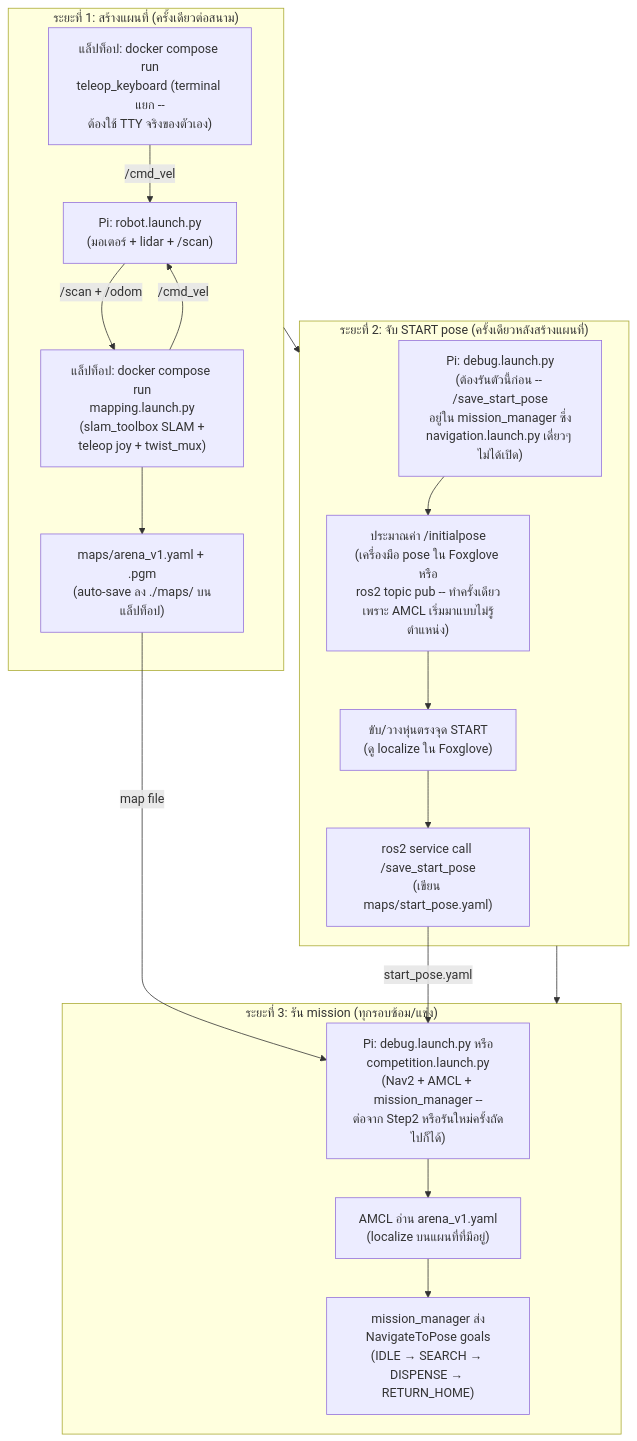
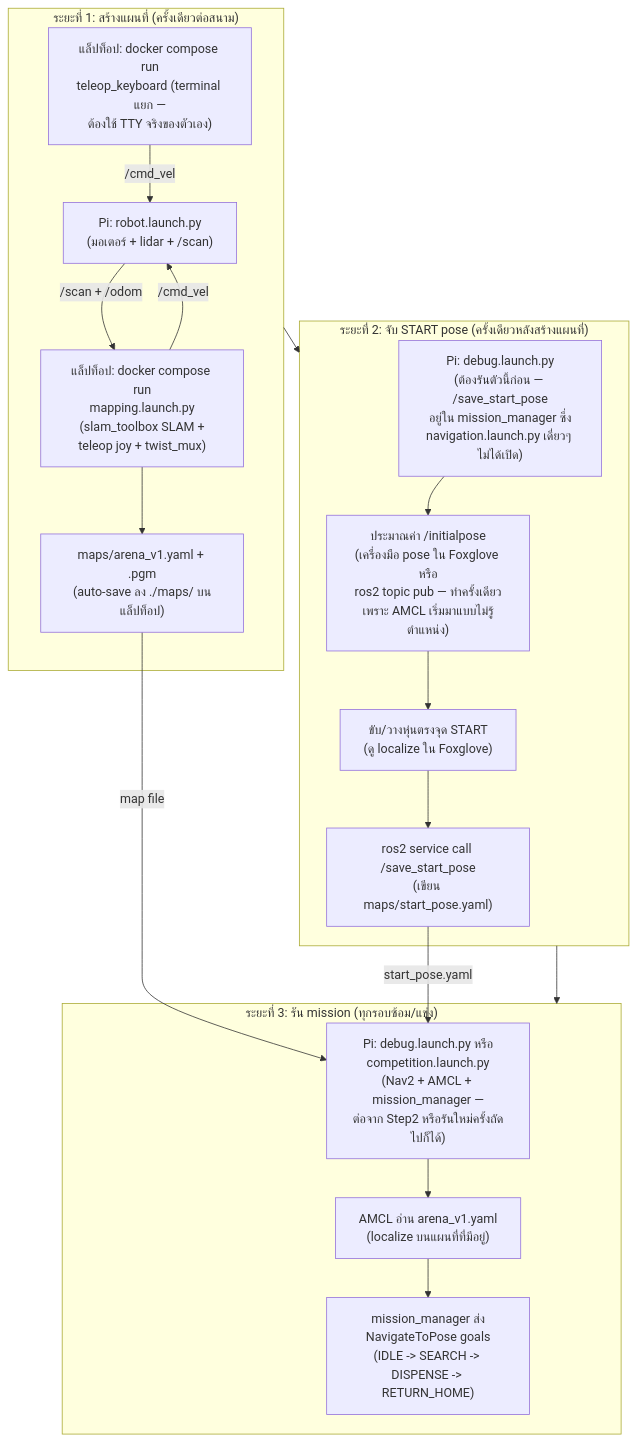
The diagram in docs/th/05-navigation.md (robotkub/turtlebot3), drawn with Mermaid before and after one commit. The commit also changed other lines of this file and 34 other files, not shown here.

````diff
--- a/docs/th/05-navigation.md
+++ b/docs/th/05-navigation.md
@@ -36,32 +36,32 @@
 ```mermaid
 flowchart TD
     subgraph Step1["ระยะที่ 1: สร้างแผนที่ (ครั้งเดียวต่อสนาม)"]
         A["Pi: robot.launch.py\n(มอเตอร์ + lidar + /scan)"]
         B["แล็ปท็อป: docker compose run\nmapping.launch.py\n(slam_toolbox SLAM +\nteleop joy + twist_mux)"]
-        C["แล็ปท็อป: docker compose run\nteleop_keyboard (terminal แยก --\nต้องใช้ TTY จริงของตัวเอง)"]
+        C["แล็ปท็อป: docker compose run\nteleop_keyboard (terminal แยก —\nต้องใช้ TTY จริงของตัวเอง)"]
         D["maps/arena_v1.yaml + .pgm\n(auto-save ลง ./maps/ บนแล็ปท็อป)"]
         A -->|"/scan + /odom"| B
         B -->|"/cmd_vel"| A
         C -->|"/cmd_vel"| A
         B --> D
     end
 
     subgraph Step2["ระยะที่ 2: จับ START pose (ครั้งเดียวหลังสร้างแผนที่)"]
-        E0["Pi: debug.launch.py\n(ต้องรันตัวนี้ก่อน -- /save_start_pose\nอยู่ใน mission_manager ซึ่ง\nnavigation.launch.py เดี่ยวๆ ไม่ได้เปิด)"]
-        E1["ประมาณค่า /initialpose\n(เครื่องมือ pose ใน Foxglove หรือ\nros2 topic pub -- ทำครั้งเดียว\nเพราะ AMCL เริ่มมาแบบไม่รู้ตำแหน่ง)"]
+        E0["Pi: debug.launch.py\n(ต้องรันตัวนี้ก่อน — /save_start_pose\nอยู่ใน mission_manager ซึ่ง\nnavigation.launch.py เดี่ยวๆ ไม่ได้เปิด)"]
+        E1["ประมาณค่า /initialpose\n(เครื่องมือ pose ใน Foxglove หรือ\nros2 topic pub — ทำครั้งเดียว\nเพราะ AMCL เริ่มมาแบบไม่รู้ตำแหน่ง)"]
         E["ขับ/วางหุ่นตรงจุด START\n(ดู localize ใน Foxglove)"]
         F["ros2 service call /save_start_pose\n(เขียน maps/start_pose.yaml)"]
         E0 --> E1 --> E --> F
     end
 
     subgraph Step3["ระยะที่ 3: รัน mission (ทุกรอบซ้อม/แข่ง)"]
-        G["Pi: debug.launch.py หรือ\ncompetition.launch.py\n(Nav2 + AMCL + mission_manager --\nต่อจาก Step2 หรือรันใหม่ครั้งถัดไปก็ได้)"]
+        G["Pi: debug.launch.py หรือ\ncompetition.launch.py\n(Nav2 + AMCL + mission_manager —\nต่อจาก Step2 หรือรันใหม่ครั้งถัดไปก็ได้)"]
         H["AMCL อ่าน arena_v1.yaml\n(localize บนแผนที่ที่มีอยู่)"]
-        I["mission_manager ส่ง\nNavigateToPose goals\n(IDLE → SEARCH → DISPENSE → RETURN_HOME)"]
+        I["mission_manager ส่ง\nNavigateToPose goals\n(IDLE -> SEARCH -> DISPENSE -> RETURN_HOME)"]
         D -->|"map file"| G
         F -->|"start_pose.yaml"| G
         G --> H --> I
     end
 
     Step1 --> Step2 --> Step3
 ```
````
